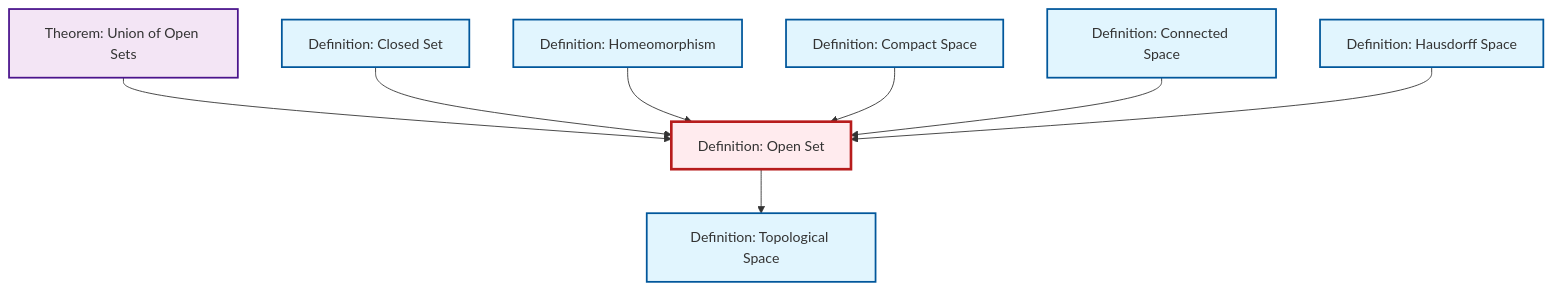
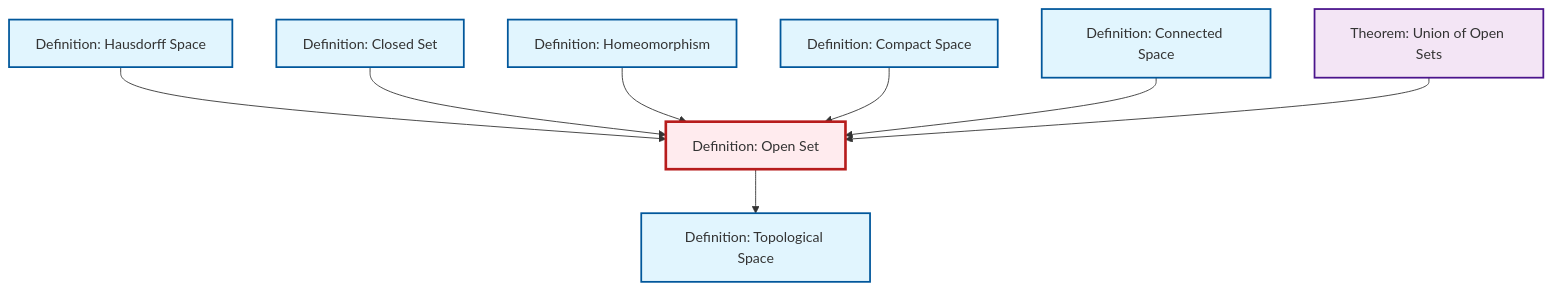
One commit to RK0429/ModernMath changed the diagram in content/en/topology/def-open-set.qmd. Above: the diagram before and after it, drawn with Mermaid. The commit also changed other lines of this file and 360 other files, not shown here.

````diff
--- a/content/en/topology/def-open-set.qmd
+++ b/content/en/topology/def-open-set.qmd
@@ -53,32 +53,32 @@
 ```{mermaid}
 %%| fig-cap: "Local dependency graph"
 graph TD
     classDef definition fill:#e1f5fe,stroke:#01579b,stroke-width:2px
     classDef theorem fill:#f3e5f5,stroke:#4a148c,stroke-width:2px
     classDef axiom fill:#fff3e0,stroke:#e65100,stroke-width:2px
     classDef example fill:#e8f5e9,stroke:#1b5e20,stroke-width:2px
     classDef current fill:#ffebee,stroke:#b71c1c,stroke-width:3px
+    def-open-set["Definition: Open Set"]:::definition
+    def-topological-space["Definition: Topological Space"]:::definition
+    def-closed-set["Definition: Closed Set"]:::definition
     def-hausdorff["Definition: Hausdorff Space"]:::definition
-    def-closed-set["Definition: Closed Set"]:::definition
+    def-compact["Definition: Compact Space"]:::definition
+    def-homeomorphism["Definition: Homeomorphism"]:::definition
     def-connected["Definition: Connected Space"]:::definition
-    def-topological-space["Definition: Topological Space"]:::definition
-    def-open-set["Definition: Open Set"]:::definition
-    def-compact["Definition: Compact Space"]:::definition
     thm-union-open-sets["Theorem: Union of Open Sets"]:::theorem
-    def-homeomorphism["Definition: Homeomorphism"]:::definition
-    def-open-set --> def-topological-space
-    thm-union-open-sets --> def-open-set
+    def-hausdorff --> def-open-set
     def-closed-set --> def-open-set
     def-homeomorphism --> def-open-set
     def-compact --> def-open-set
+    def-open-set --> def-topological-space
     def-connected --> def-open-set
-    def-hausdorff --> def-open-set
+    thm-union-open-sets --> def-open-set
     class def-open-set current
+    click def-topological-space "def-topological-space.html" "Go to Topological Space definition"
+    click def-closed-set "def-closed-set.html" "Go to Closed Set definition"
     click def-hausdorff "def-hausdorff.html" "Go to Hausdorff Space definition"
-    click def-closed-set "def-closed-set.html" "Go to Closed Set definition"
+    click def-compact "def-compact.html" "Go to Compact Space definition"
+    click def-homeomorphism "def-homeomorphism.html" "Go to Homeomorphism definition"
     click def-connected "def-connected.html" "Go to Connected Space definition"
-    click def-topological-space "def-topological-space.html" "Go to Topological Space definition"
-    click def-compact "def-compact.html" "Go to Compact Space definition"
     click thm-union-open-sets "thm-union-open-sets.html" "Go to Union of Open Sets theorem"
-    click def-homeomorphism "def-homeomorphism.html" "Go to Homeomorphism definition"
 ```
````
